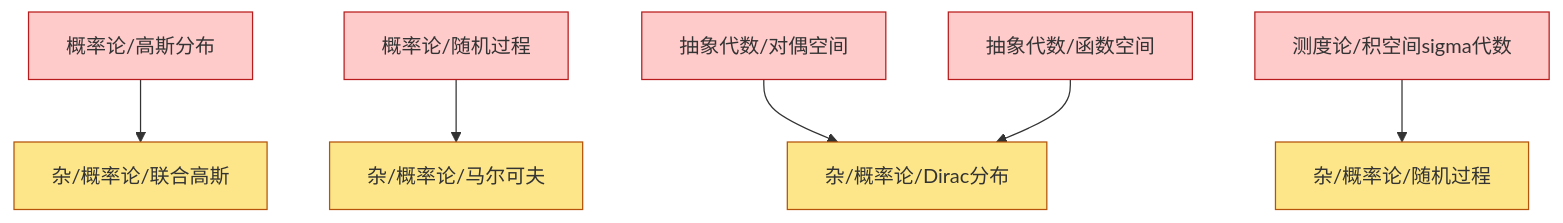
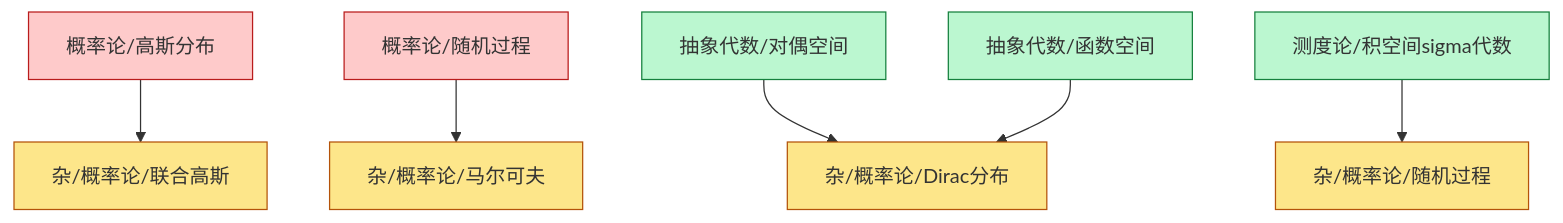
The diagram in content/杂/dependency_graph.md (zeroDtree/zeroDtree.github.io), drawn with Mermaid before and after one commit. The commit also changed 22 other files, not shown here.

````diff
--- a/content/杂/dependency_graph.md
+++ b/content/杂/dependency_graph.md
@@ -1,14 +1,14 @@
 ```mermaid
 graph TD
-2["概率论/高斯分布"] --> 1["杂/概率论/联合高斯"]
-5["概率论/随机过程"] --> 4["杂/概率论/马尔可夫"]
-7["抽象代数/对偶空间"] --> 6["杂/概率论/Dirac分布"]
-8["抽象代数/函数空间"] --> 6["杂/概率论/Dirac分布"]
-10["测度论/积空间sigma代数"] --> 9["杂/概率论/随机过程"]
+1["概率论/高斯分布"] --> 0["杂/概率论/联合高斯"]
+3["概率论/随机过程"] --> 2["杂/概率论/马尔可夫"]
+5["抽象代数/对偶空间"] --> 4["杂/概率论/Dirac分布"]
+6["抽象代数/函数空间"] --> 4["杂/概率论/Dirac分布"]
+8["测度论/积空间sigma代数"] --> 7["杂/概率论/随机过程"]
 classDef leaf fill:#fde68a,stroke:#b45309
-class 1,4,6,9 leaf
-classDef root fill:#bfdbfe,stroke:#1d4ed8
-class 0,3 root
+class 0,2,4,7 leaf
 classDef externalRoot fill:#fecaca,stroke:#b91c1c
-class 2,5,7,8,10 externalRoot
+class 1,3 externalRoot
+classDef foundationRoot fill:#bbf7d0,stroke:#15803d
+class 5,6,8 foundationRoot
 ```
````
